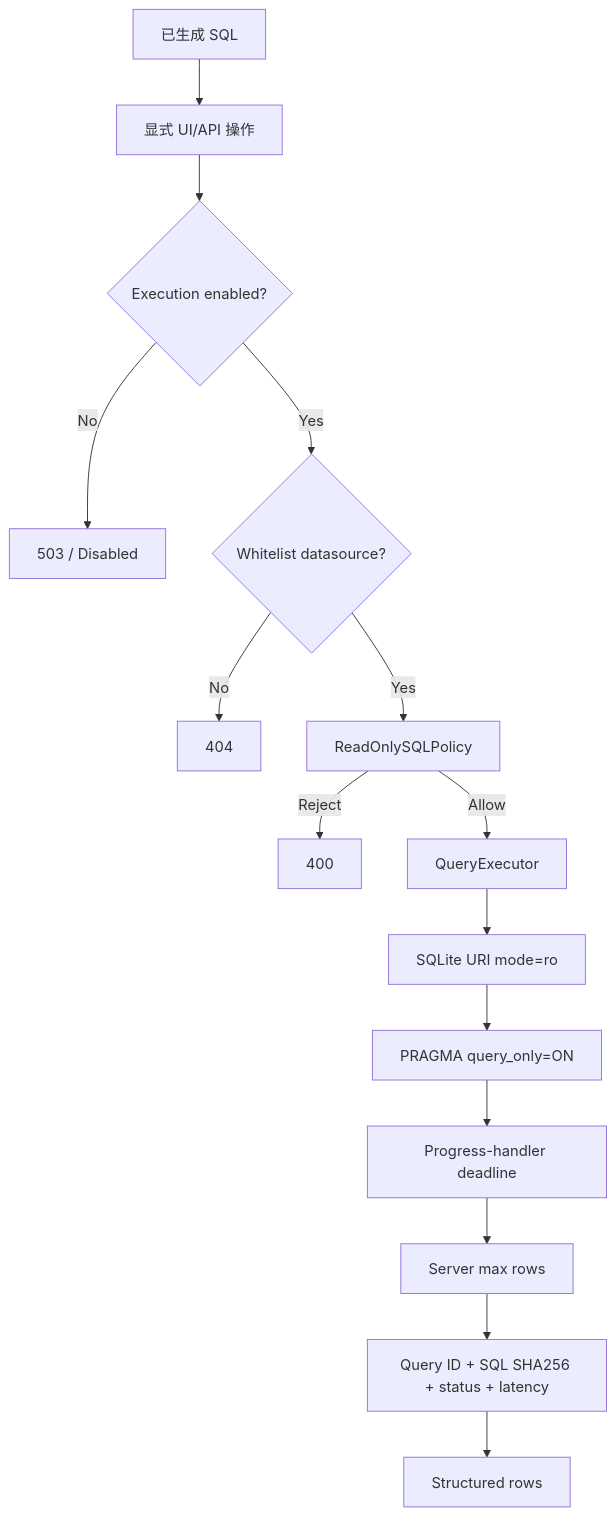
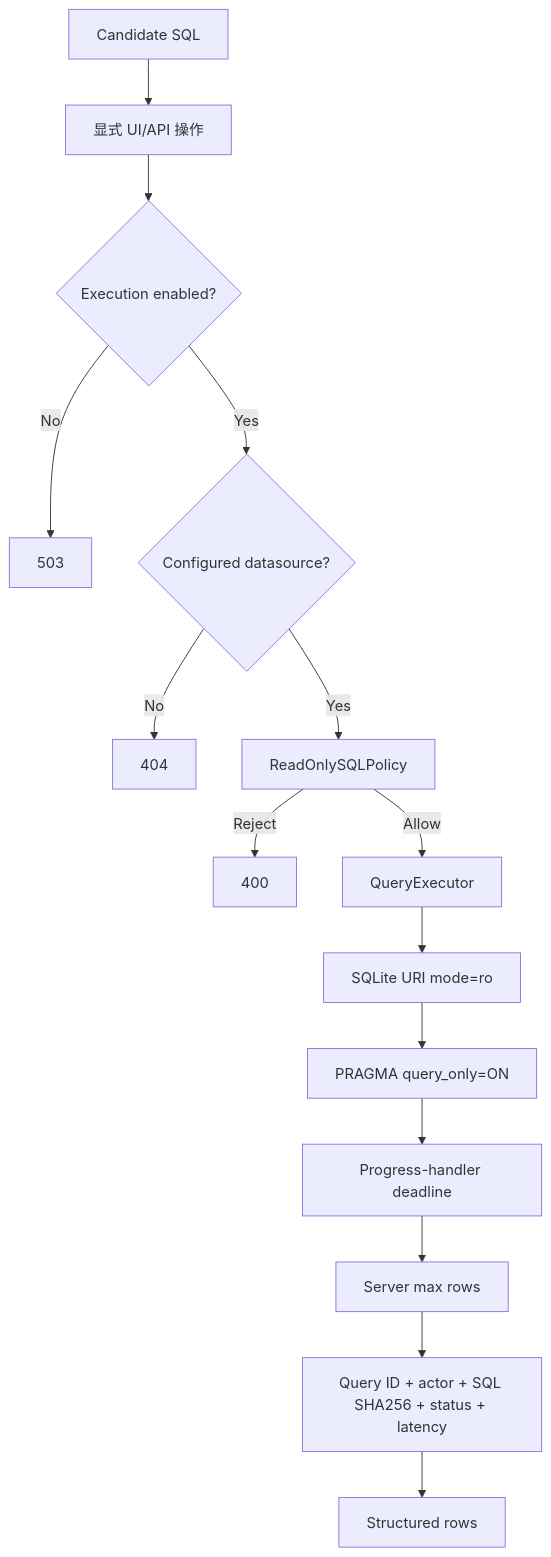
One commit to plutoczm/DataCopilot changed the seventh of 10 diagrams in docs/ARCHITECTURE.md. Above: the diagram before and after it, drawn with Mermaid. The commit also changed other lines of this file, not shown here.

Commit message:
docs: add schema catalog and result oracle architecture

````diff
--- a/docs/ARCHITECTURE.md
+++ b/docs/ARCHITECTURE.md
@@ -154,17 +179,17 @@
 ```mermaid
 flowchart TD
-    Candidate[已生成 SQL] --> Explicit[显式 UI/API 操作]
+    Candidate[Candidate SQL] --> Explicit[显式 UI/API 操作]
     Explicit --> Enabled{Execution enabled?}
-    Enabled -->|No| Disabled[503 / Disabled]
-    Enabled -->|Yes| DS{Whitelist datasource?}
+    Enabled -->|No| Disabled[503]
+    Enabled -->|Yes| DS{Configured datasource?}
     DS -->|No| NotFound[404]
     DS -->|Yes| Policy[ReadOnlySQLPolicy]
     Policy -->|Reject| Rejected[400]
     Policy -->|Allow| Executor[QueryExecutor]
     Executor --> DBReadOnly[SQLite URI mode=ro]
     DBReadOnly --> QueryOnly[PRAGMA query_only=ON]
     QueryOnly --> Deadline[Progress-handler deadline]
     Deadline --> RowCap[Server max rows]
-    RowCap --> Audit[Query ID + SQL SHA256 + status + latency]
+    RowCap --> Audit[Query ID + actor + SQL SHA256 + status + latency]
     Audit --> Rows[Structured rows]
 ```
````
